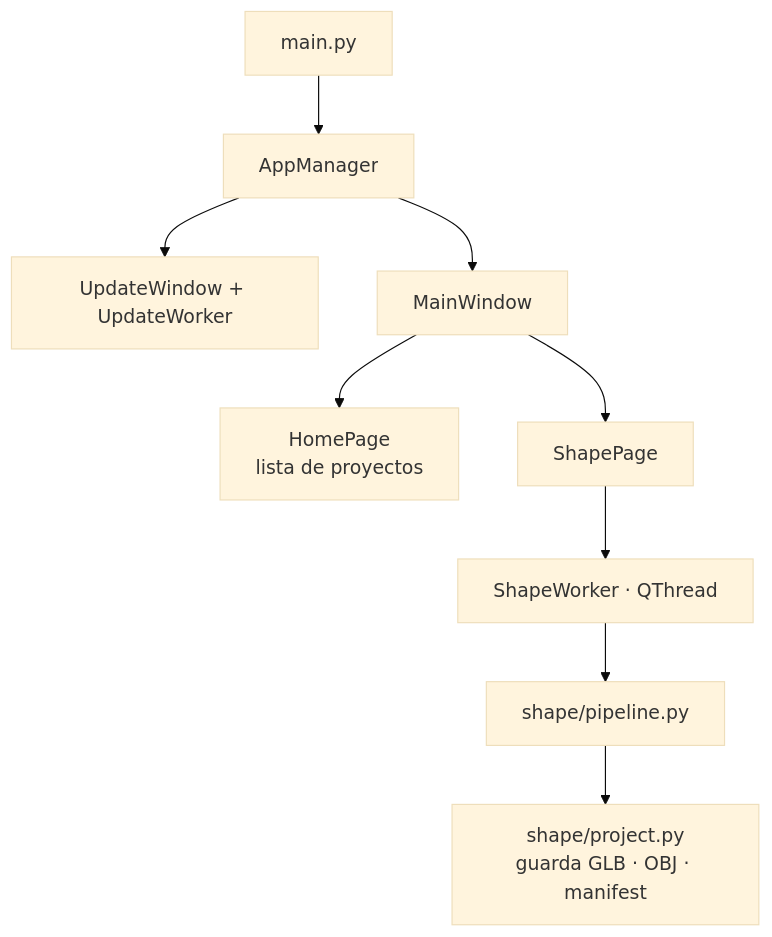
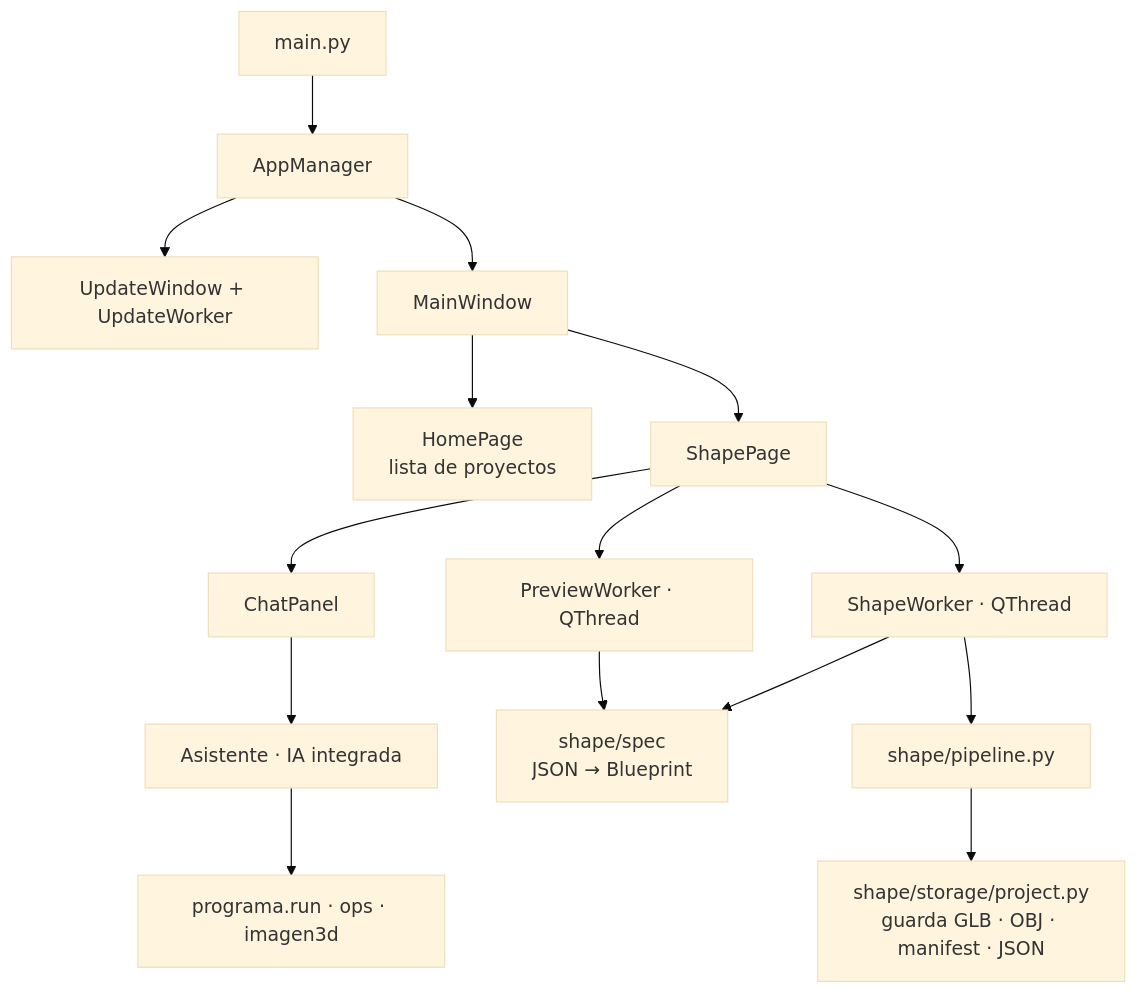
Before and after one commit to BranBPDev/JanusApp: the diagram in docs/arquitectura.md, drawn with Mermaid (base theme). The commit also changed other lines of this file and 15 other files, not shown here.

````diff
--- a/docs/arquitectura.md
+++ b/docs/arquitectura.md
@@ -7,11 +7,17 @@
 ```mermaid
 flowchart TD
     M[main.py] --> AM[AppManager]
     AM --> UW[UpdateWindow + UpdateWorker]
     AM --> MW[MainWindow]
     MW --> HP[HomePage<br/>lista de proyectos]
     MW --> SP[ShapePage]
+    SP --> CH[ChatPanel]
+    CH --> AS[Asistente · IA integrada]
+    AS --> PG[programa.run · ops · imagen3d]
+    SP --> PW[PreviewWorker · QThread]
     SP --> SW[ShapeWorker · QThread]
+    PW --> BP[shape/spec<br/>JSON → Blueprint]
+    SW --> BP
     SW --> PL[shape/pipeline.py]
-    PL --> PR[shape/project.py<br/>guarda GLB · OBJ · manifest]
+    PL --> PR[shape/storage/project.py<br/>guarda GLB · OBJ · manifest · JSON]
 ```
````
